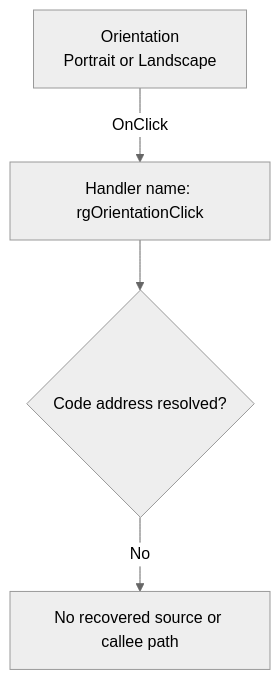
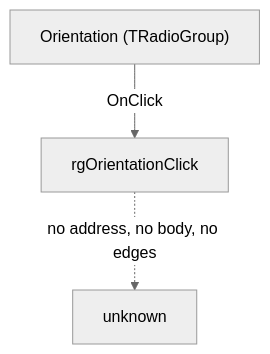
The diagram in docs/ui-controls/pagesetupdlg/rgorientation-4c1d31e107.md (MovGP0/TIARA), drawn with Mermaid (neutral theme) before and after one commit. The commit also changed other lines of this file and 106 other files, not shown here.

````diff
--- a/docs/ui-controls/pagesetupdlg/rgorientation-4c1d31e107.md
+++ b/docs/ui-controls/pagesetupdlg/rgorientation-4c1d31e107.md
@@ -37,6 +29,5 @@
 ```mermaid
 flowchart TD
-    control["Orientation<br/>Portrait or Landscape"] -->|"OnClick"| binding["Handler name: rgOrientationClick"]
-    binding --> address{"Code address resolved?"}
-    address -->|"No"| gap["No recovered source or callee path"]
+    control["Orientation (TRadioGroup)"] -->|"OnClick"| handler["rgOrientationClick"]
+    handler -.->|"no address, no body, no edges"| gone["unknown"]
 ```
````
